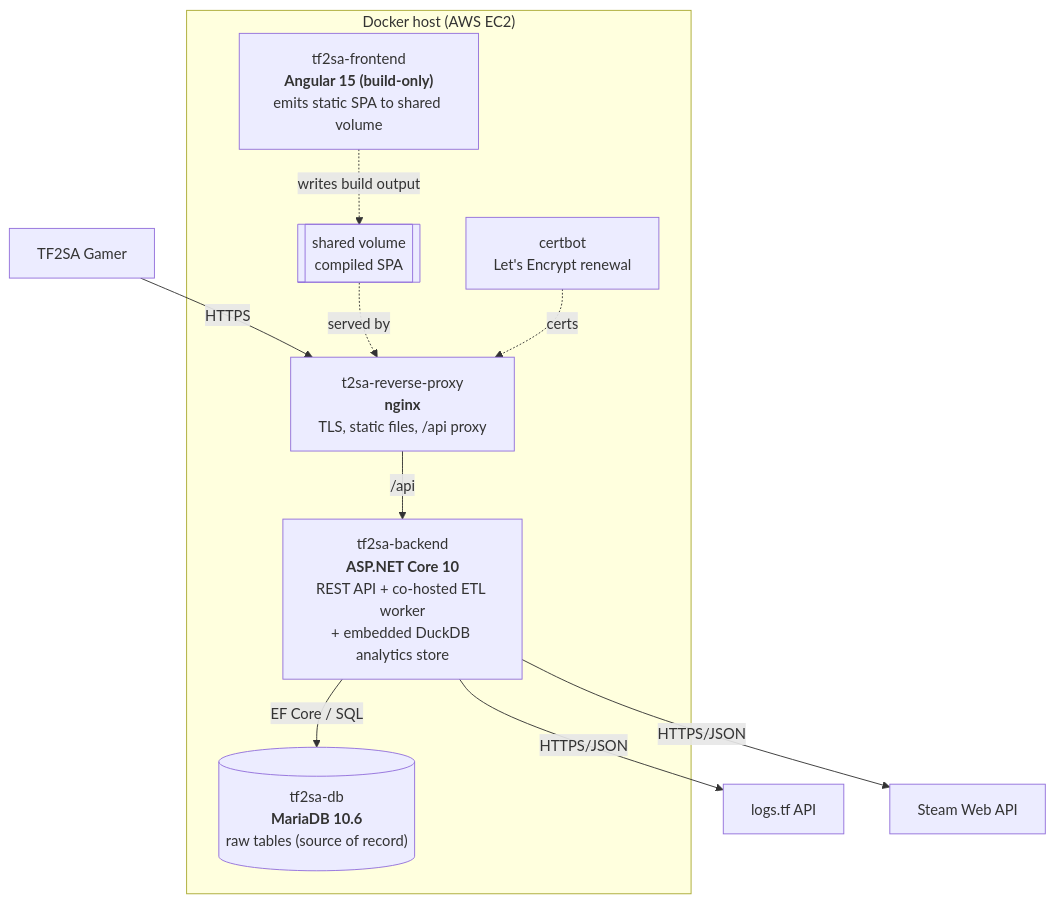
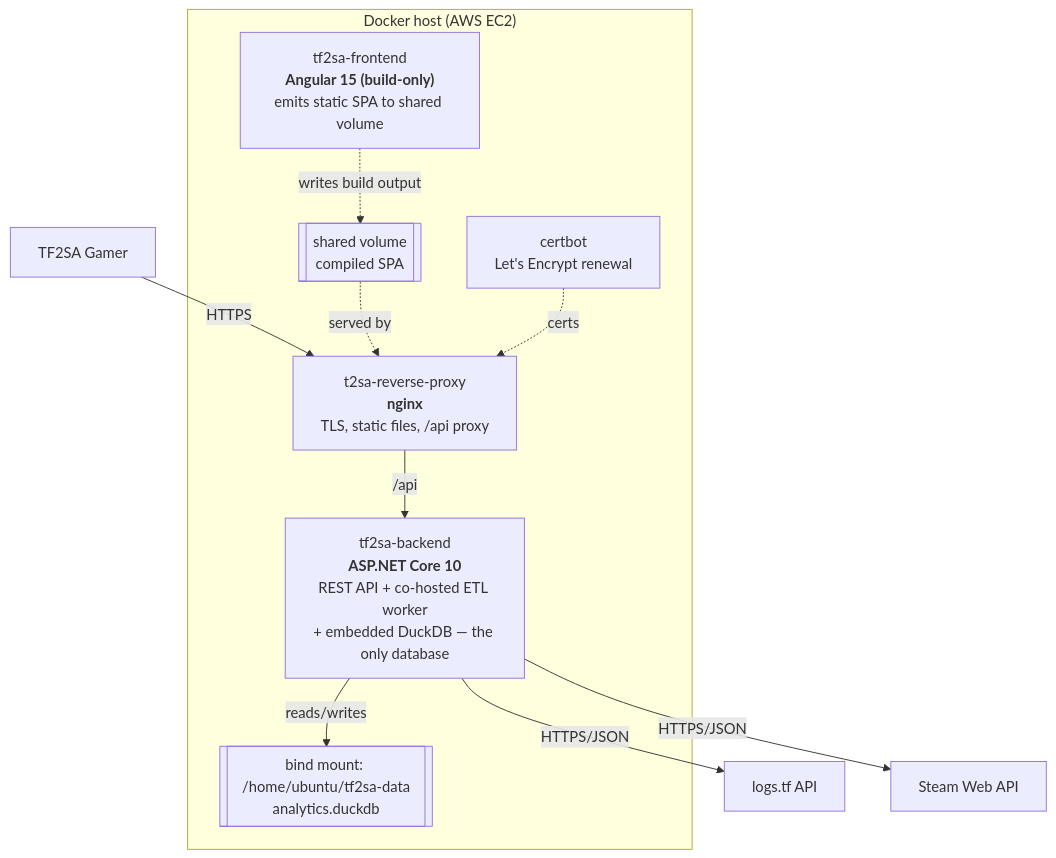
The second of 3 diagrams in docs/architecture/overview.md (DeradoZA/tf2sa), drawn with Mermaid before and after one commit. The commit also changed other lines of this file and 17 other files, not shown here.

````diff
--- a/docs/architecture/overview.md
+++ b/docs/architecture/overview.md
@@ -53,25 +54,25 @@
 ```mermaid
 flowchart TB
     gamer["TF2SA Gamer"]
 
     subgraph host["Docker host (AWS EC2)"]
         proxy["t2sa-reverse-proxy<br/><b>nginx</b><br/>TLS, static files, /api proxy"]
         frontend["tf2sa-frontend<br/><b>Angular 15 (build-only)</b><br/>emits static SPA to shared volume"]
-        backend["tf2sa-backend<br/><b>ASP.NET Core 10</b><br/>REST API + co-hosted ETL worker<br/>+ embedded DuckDB analytics store"]
-        db[("tf2sa-db<br/><b>MariaDB 10.6</b><br/>raw tables (source of record)")]
+        backend["tf2sa-backend<br/><b>ASP.NET Core 10</b><br/>REST API + co-hosted ETL worker<br/>+ embedded DuckDB — the only database"]
         certbot["certbot<br/>Let's Encrypt renewal"]
         vol[["shared volume<br/>compiled SPA"]]
+        data[["bind mount: /home/ubuntu/tf2sa-data<br/>analytics.duckdb"]]
     end
 
     logstf["logs.tf API"]
     steam["Steam Web API"]
 
     gamer -->|HTTPS| proxy
     frontend -.->|writes build output| vol
     vol -.->|served by| proxy
     proxy -->|/api| backend
-    backend -->|EF Core / SQL| db
+    backend -->|reads/writes| data
     backend -->|HTTPS/JSON| logstf
     backend -->|HTTPS/JSON| steam
     certbot -.->|certs| proxy
 ```
````
